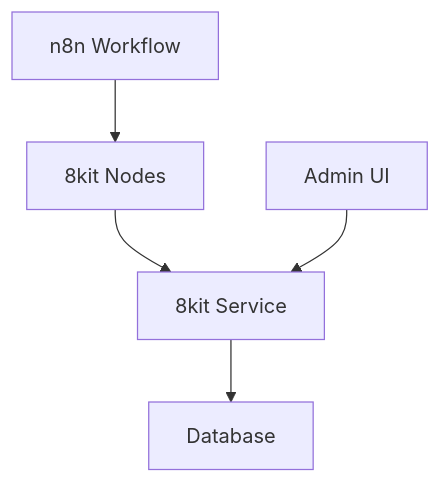
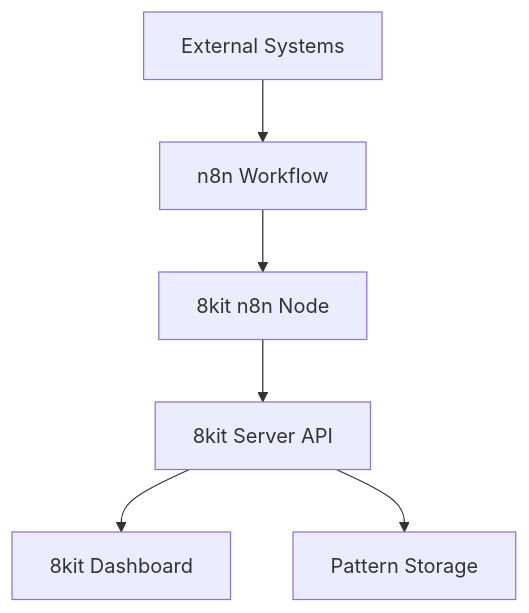
The diagram in profile/README.md (8kit-io/.github), drawn with Mermaid before and after one commit. The commit also changed other lines of this file, not shown here.

````diff
--- a/profile/README.md
+++ b/profile/README.md
@@ -115,7 +126,8 @@
 ```mermaid
 graph TB
-    A[n8n Workflow] --> B[8kit Nodes]
-    B --> C[8kit Service]
-    C --> D[Database]
-    F[Admin UI] --> C
+    A[n8n Workflow] --> B[8kit n8n Node]
+    B --> C[8kit Server API]
+    C --> D[8kit Dashboard]
+    C --> E[Pattern Storage]
+    F[External Systems] --> A
 ```
````
